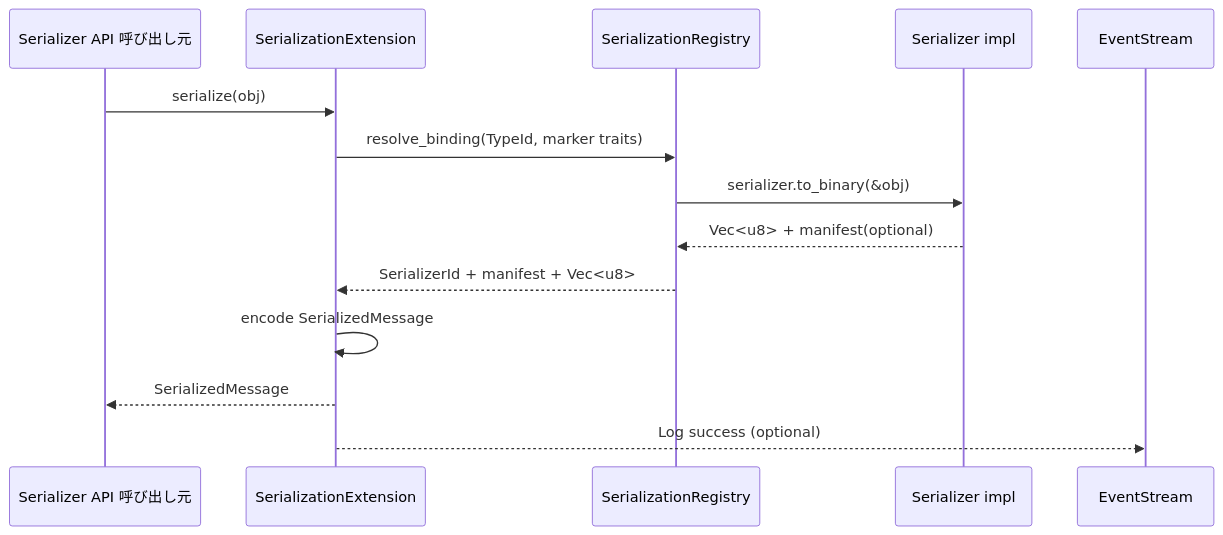
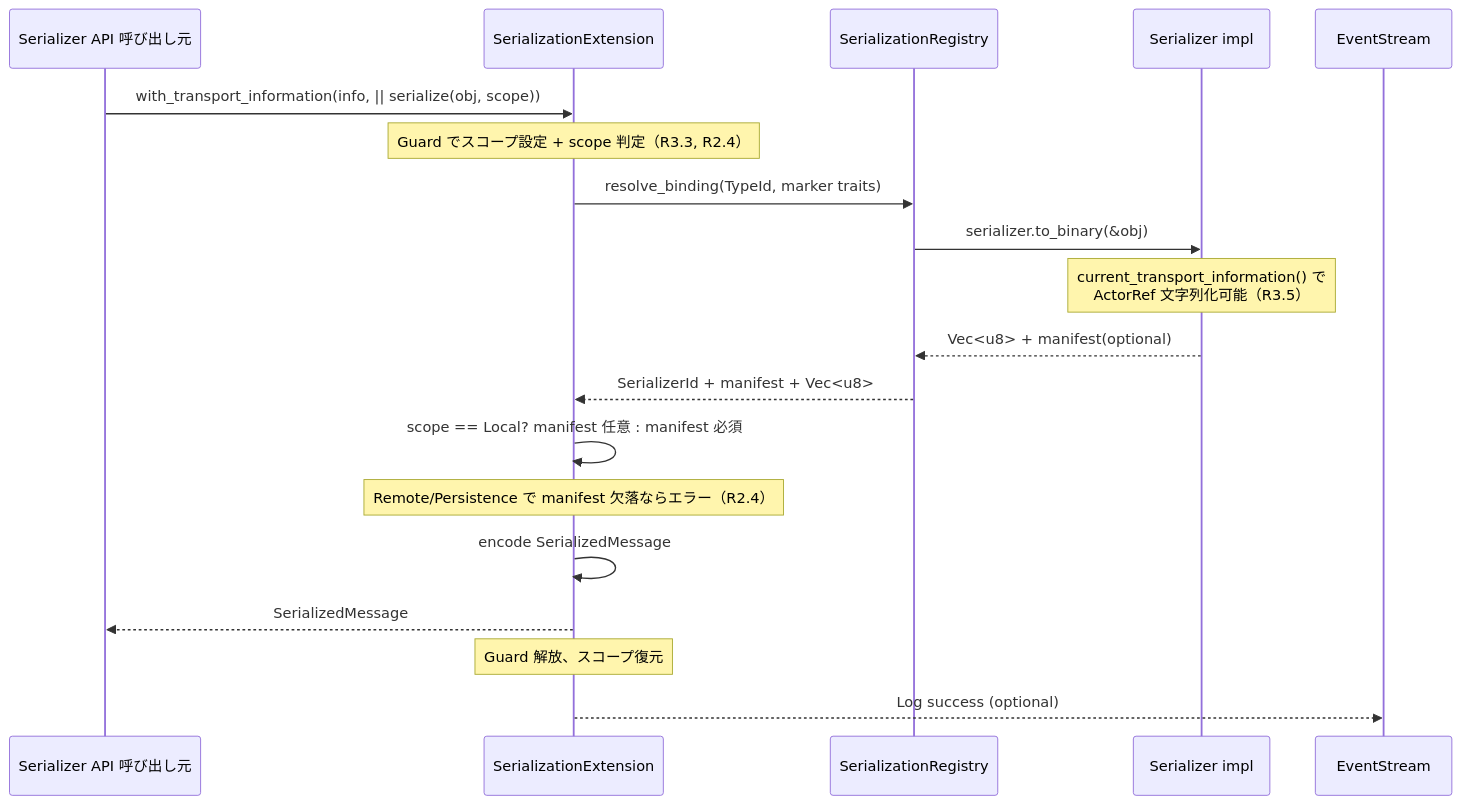
Before and after one commit to j5ik2o/fraktor-rs: the second of 4 diagrams in .kiro/specs/serialization-pekko-compatible-redesign/design.md, drawn with Mermaid. The commit also changed other lines of this file and 1 other file, not shown here.

Commit message:
feat: enhance serialization design with transport context management and manifest evolution support

````diff
--- a/.kiro/specs/serialization-pekko-compatible-redesign/design.md
+++ b/.kiro/specs/serialization-pekko-compatible-redesign/design.md
@@ -78,15 +96,20 @@
 ```mermaid
 sequenceDiagram
   participant Caller as Serializer API 呼び出し元
   participant Ext as SerializationExtension
   participant Reg as SerializationRegistry
   participant Ser as Serializer impl
-  Caller->>Ext: serialize(obj)
+  Caller->>Ext: with_transport_information(info, || serialize(obj, scope))
+  Note over Ext: Guard でスコープ設定 + scope 判定（R3.3, R2.4）
   Ext->>Reg: resolve_binding(TypeId, marker traits)
   Reg->>Ser: serializer.to_binary(&obj)
+  Note over Ser: current_transport_information() で<br/>ActorRef 文字列化可能（R3.5）
   Ser-->>Reg: Vec<u8> + manifest(optional)
   Reg-->>Ext: SerializerId + manifest + Vec<u8>
+  Ext->>Ext: scope == Local? manifest 任意 : manifest 必須
+  Note over Ext: Remote/Persistence で manifest 欠落ならエラー（R2.4）
   Ext->>Ext: encode SerializedMessage
   Ext-->>Caller: SerializedMessage
+  Note over Ext: Guard 解放、スコープ復元
   Ext-->>EventStream: Log success (optional)
 ```
````
